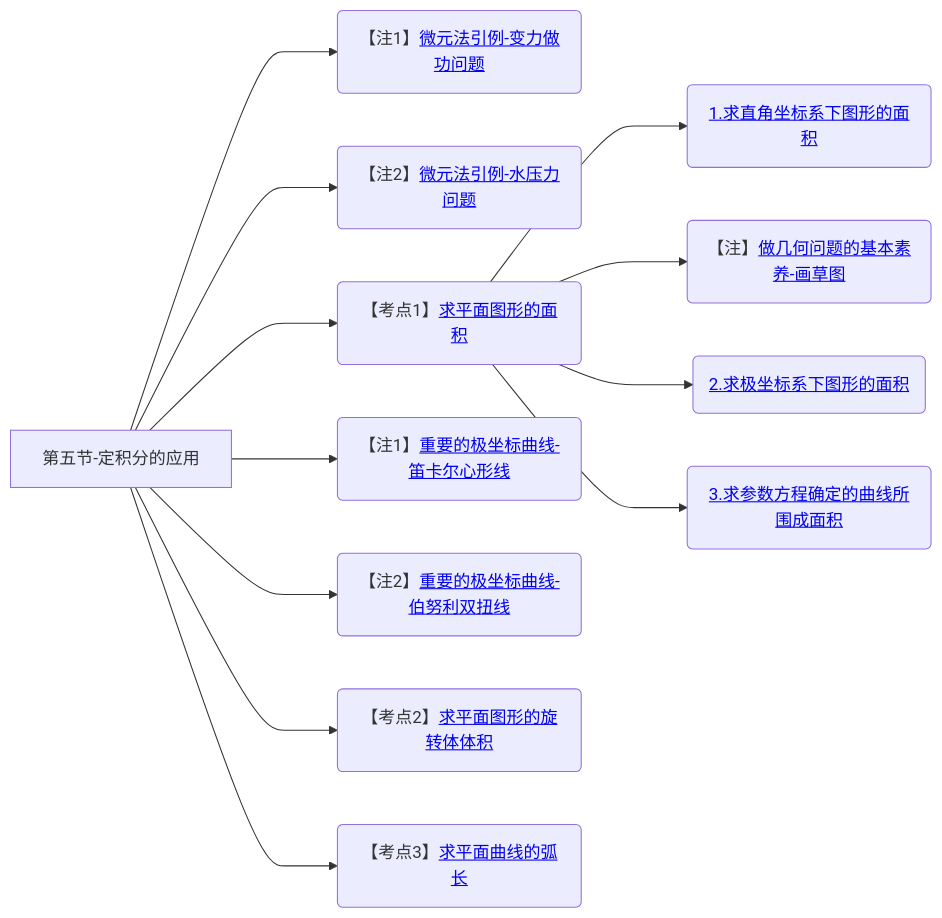
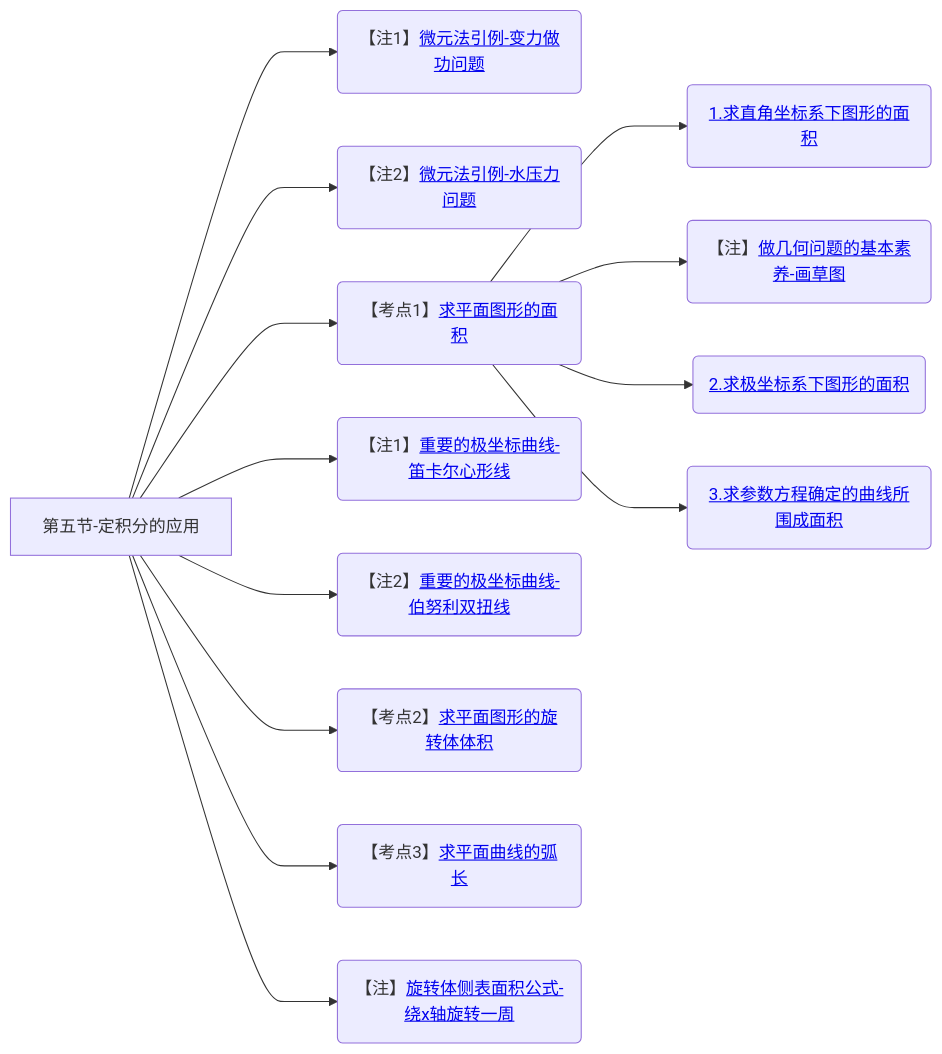
Diagram 23 of 24 in 笔记/数学/周洋鑫/01.基础班思维导图.md (yuebinghui/note), drawn with Mermaid before and after one commit. The commit also changed other lines of this file and 5 other files, not shown here.

````diff
--- a/笔记/数学/周洋鑫/01.基础班思维导图.md
+++ b/笔记/数学/周洋鑫/01.基础班思维导图.md
@@ -811,20 +811,22 @@
 ```mermaid
 graph LR
 第五节-定积分的应用
 
 第五节-定积分的应用--->微元法引例-变力做功问题(【注1】<a href="/Users/yuebinghui/Documents/program/github/note/笔记/数学/周洋鑫/基础班/26.微分方程_1.md#微元法引例-变力做功问题">微元法引例-变力做功问题</>)
 第五节-定积分的应用--->微元法引例-水压力问题(【注2】<a href="/Users/yuebinghui/Documents/program/github/note/笔记/数学/周洋鑫/基础班/26.微分方程_1.md#微元法引例-水压力问题">微元法引例-水压力问题</>)
 第五节-定积分的应用--->求平面图形的面积(【考点1】<a href="/Users/yuebinghui/Documents/program/github/note/笔记/数学/周洋鑫/基础班/26.微分方程_1.md#求平面图形的面积">求平面图形的面积</>)
 求平面图形的面积--->1.求直角坐标系下图形的面积(<a href="/Users/yuebinghui/Documents/program/github/note/笔记/数学/周洋鑫/基础班/26.微分方程_1.md#1.求直角坐标系下图形的面积">1.求直角坐标系下图形的面积</>)
 求平面图形的面积--->做几何问题的基本素养-画草图(【注】<a href="/Users/yuebinghui/Documents/program/github/note/笔记/数学/周洋鑫/基础班/26.微分方程_1.md#做几何问题的基本素养-画草图">做几何问题的基本素养-画草图</>)
 求平面图形的面积--->求极坐标系下图形的面积(<a href="/Users/yuebinghui/Documents/program/github/note/笔记/数学/周洋鑫/基础班/26.微分方程_1.md#求极坐标系下图形的面积">2.求极坐标系下图形的面积</>)
 
 第五节-定积分的应用--->重要的极坐标曲线-笛卡尔心形线(【注1】<a href="/Users/yuebinghui/Documents/program/github/note/笔记/数学/周洋鑫/基础班/26.微分方程_1.md#重要的极坐标曲线-笛卡尔心形线">重要的极坐标曲线-笛卡尔心形线</>)
 第五节-定积分的应用--->重要的极坐标曲线-伯努利双扭线(【注2】<a href="/Users/yuebinghui/Documents/program/github/note/笔记/数学/周洋鑫/基础班/26.微分方程_1.md#重要的极坐标曲线-伯努利双扭线">重要的极坐标曲线-伯努利双扭线</>)
 
 求平面图形的面积--->3.求参数方程确定的曲线所围成面积(<a href="/Users/yuebinghui/Documents/program/github/note/笔记/数学/周洋鑫/基础班/26.微分方程_1.md#3.求参数方程确定的曲线所围成面积">3.求参数方程确定的曲线所围成面积</>)
 
 第五节-定积分的应用--->求平面图形的旋转体体积(【考点2】<a href="/Users/yuebinghui/Documents/program/github/note/笔记/数学/周洋鑫/基础班/26.微分方程_1.md#求平面图形的旋转体体积">求平面图形的旋转体体积</>)
 
 第五节-定积分的应用--->求平面曲线的弧长(【考点3】<a href="/Users/yuebinghui/Documents/program/github/note/笔记/数学/周洋鑫/基础班/27.定积分应用_2_and_微分方程_1.md#求平面曲线的弧长">求平面曲线的弧长</>)
+
+第五节-定积分的应用--->旋转体侧表面积公式-绕x轴旋转一周(【注】<a href="/Users/yuebinghui/Documents/program/github/note/笔记/数学/周洋鑫/基础班/27.定积分应用_2_and_微分方程_1.md#旋转体侧表面积公式-绕x轴旋转一周">旋转体侧表面积公式-绕x轴旋转一周</>)
 ```
````
